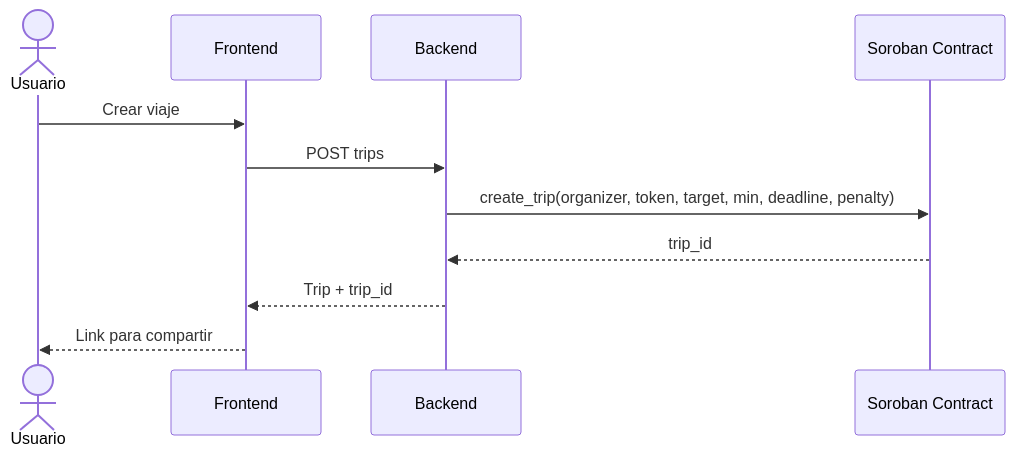
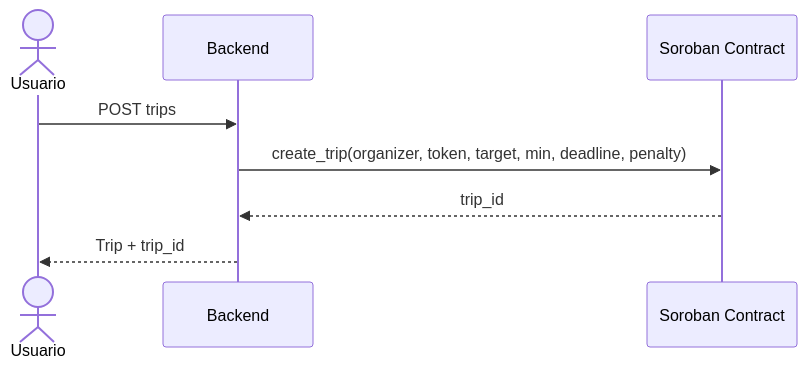
The sixth of 15 diagrams in ARCHITECTURE.md (CoKeFish/Impacta-Bootcamp), drawn with Mermaid before and after one commit. The commit also changed other lines of this file and 9 other files, not shown here.

````diff
--- a/ARCHITECTURE.md
+++ b/ARCHITECTURE.md
@@ -267,13 +254,10 @@
 ```mermaid
 sequenceDiagram
     actor U as Usuario
-    participant FE as Frontend
     participant BE as Backend
     participant SC as Soroban Contract
-    U ->> FE: Crear viaje
-    FE ->> BE: POST trips
+    U ->> BE: POST trips
     BE ->> SC: create_trip(organizer, token, target, min, deadline, penalty)
     SC -->> BE: trip_id
-    BE -->> FE: Trip + trip_id
-    FE -->> U: Link para compartir
+    BE -->> U: Trip + trip_id
 ```
````
